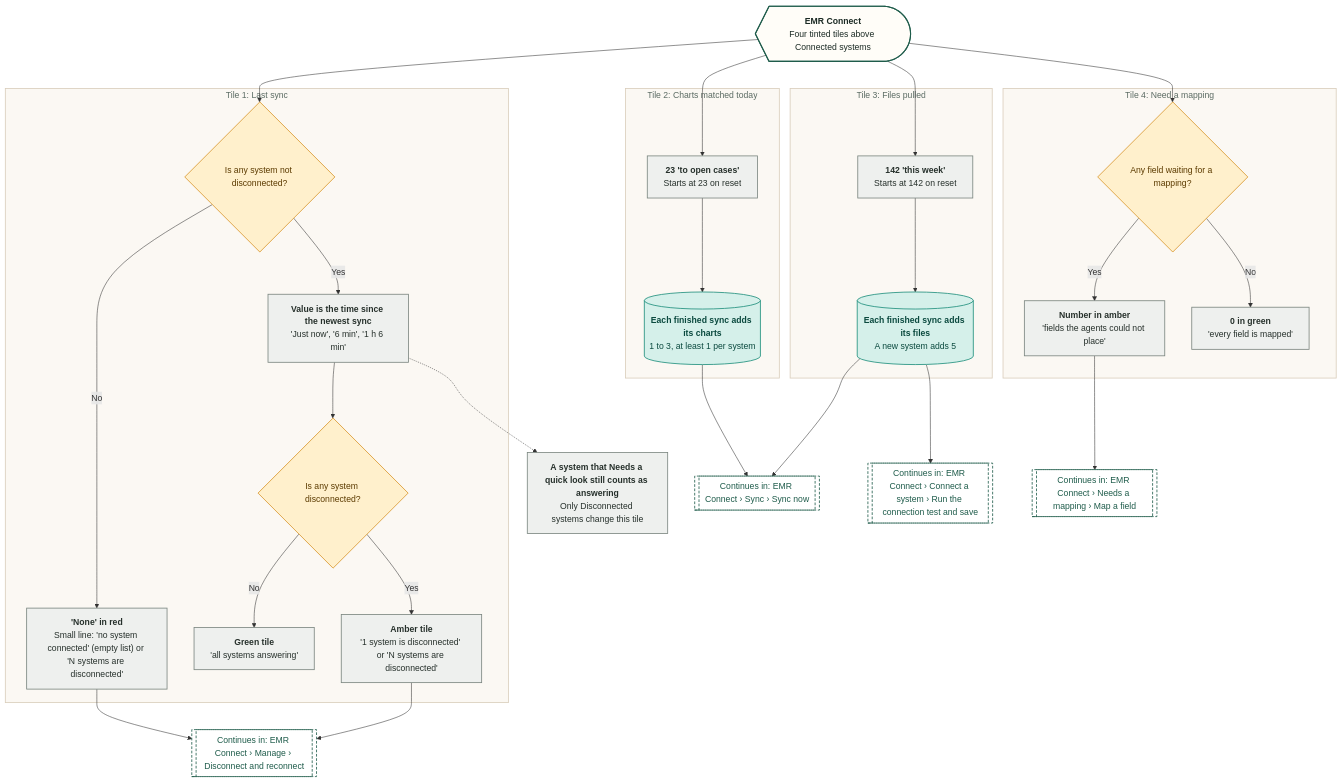
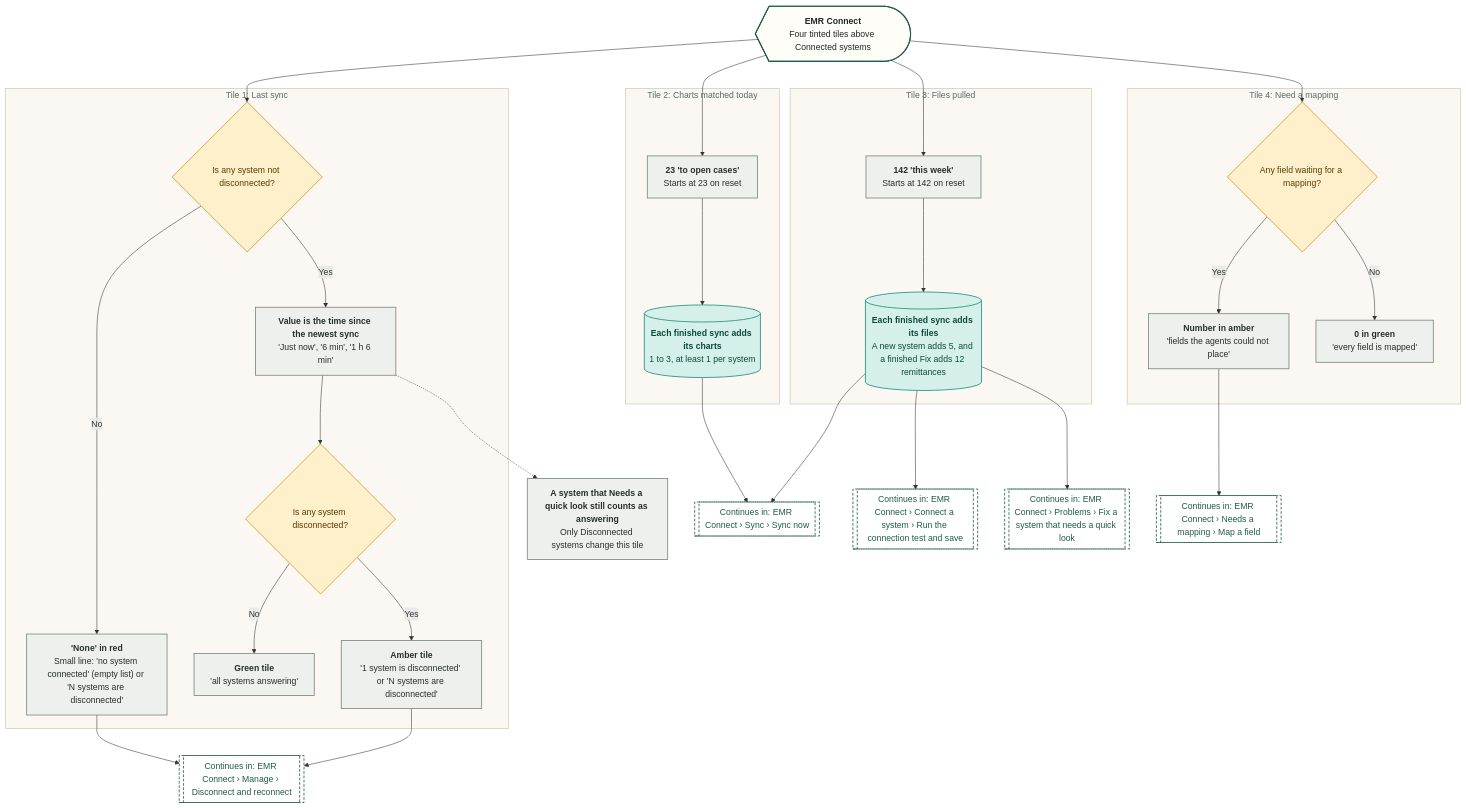
The second of 17 diagrams in demos/prior-auth-demo/workflows/out/md/09-emr-connect.md (Shrav143/psyfloapp), drawn with Mermaid before and after one commit. The commit also changed other lines of this file and 195 other files, not shown here.

First line of the commit message:
docs: Rebuild workflow diagrams after the demo fixes (220 diagrams)

````diff
--- a/demos/prior-auth-demo/workflows/out/md/09-emr-connect.md
+++ b/demos/prior-auth-demo/workflows/out/md/09-emr-connect.md
@@ -123,70 +126,72 @@
 ```mermaid
 %%{init: {"theme":"base","themeVariables":{"fontFamily":"'DM Sans', 'Segoe UI', system-ui, sans-serif","fontSize":"15px","lineColor":"#5B6B63","primaryTextColor":"#1C2B25","clusterBkg":"#FBF8F3","clusterBorder":"#D9CDBB","edgeLabelBackground":"#FFFFFF"},"flowchart":{"curve":"basis","nodeSpacing":36,"rankSpacing":48,"padding":12,"htmlLabels":true,"useMaxWidth":false,"wrappingWidth":230}} }%%
 flowchart TD
   classDef k_start fill:#1F5C4B,stroke:#174638,color:#FFFFFF,stroke-width:1.5px,font-weight:600
   classDef k_end fill:#DDEFE3,stroke:#2E7D4F,color:#14502F,stroke-width:1.5px,font-weight:600
   classDef k_endx fill:#FBE3E0,stroke:#C0392B,color:#7A1F16,stroke-width:1.5px,font-weight:600
   classDef k_screen fill:#FFFDF8,stroke:#1F5C4B,color:#1C2B25,stroke-width:2px
   classDef k_overlay fill:#F1F7F3,stroke:#1F5C4B,color:#1C2B25,stroke-width:2px,stroke-dasharray:5 3
   classDef k_click fill:#DCEBFA,stroke:#2F6DB5,color:#12365F,stroke-width:1.5px
   classDef k_input fill:#E4E7FF,stroke:#4C5FD5,color:#1D2670,stroke-width:1.5px
   classDef k_process fill:#EEF0EE,stroke:#7A857F,color:#26302B,stroke-width:1.5px
   classDef k_agent fill:#EEE5FA,stroke:#7A4FC2,color:#341A63,stroke-width:1.5px
   classDef k_decision fill:#FFF0CC,stroke:#D9962B,color:#5C3B00,stroke-width:1.5px
   classDef k_store fill:#D5F0EA,stroke:#1C8E7B,color:#0B4A3F,stroke-width:1.5px
   classDef k_doc fill:#F6E9DC,stroke:#B07A4C,color:#4A2E14,stroke-width:1.5px
   classDef k_ext fill:#FFE6D2,stroke:#E07B39,color:#6B2F06,stroke-width:1.5px
   classDef k_wait fill:#E4E8EE,stroke:#6B7C93,color:#26303D,stroke-width:1.5px
   classDef k_toast fill:#FFF9DB,stroke:#C9A400,color:#5A4A00,stroke-width:1.5px
   classDef k_goto fill:#FFFFFF,stroke:#1F5C4B,color:#1F5C4B,stroke-width:1.5px,stroke-dasharray:5 3
   p1@{ shape: curv-trap, label: "<b>EMR Connect</b><br/>Four tinted tiles above Connected systems" }
   subgraph gSync ["Tile 1: Last sync"]
   q1@{ shape: diam, label: "Is any system not disconnected?" }
   a1@{ shape: rect, label: "<b>'None' in red</b><br/>Small line: 'no system connected' (empty list) or 'N systems are disconnected'" }
   a2@{ shape: rect, label: "<b>Value is the time since the newest sync</b><br/>'Just now', '6 min', '1 h 6 min'" }
   q2@{ shape: diam, label: "Is any system disconnected?" }
   a3@{ shape: rect, label: "<b>Green tile</b><br/>'all systems answering'" }
   a4@{ shape: rect, label: "<b>Amber tile</b><br/>'1 system is disconnected' or 'N systems are disconnected'" }
   end
   subgraph gCharts ["Tile 2: Charts matched today"]
   b1@{ shape: rect, label: "<b>23 'to open cases'</b><br/>Starts at 23 on reset" }
   b2@{ shape: cyl, label: "<b>Each finished sync adds its charts</b><br/>1 to 3, at least 1 per system" }
   end
   subgraph gFiles ["Tile 3: Files pulled"]
   c1@{ shape: rect, label: "<b>142 'this week'</b><br/>Starts at 142 on reset" }
-  c2@{ shape: cyl, label: "<b>Each finished sync adds its files</b><br/>A new system adds 5" }
+  c2@{ shape: cyl, label: "<b>Each finished sync adds its files</b><br/>A new system adds 5, and a finished Fix adds 12 remittances" }
   end
   subgraph gMap ["Tile 4: Need a mapping"]
   d1@{ shape: diam, label: "Any field waiting for a mapping?" }
   d2@{ shape: rect, label: "<b>Number in amber</b><br/>'fields the agents could not place'" }
   d3@{ shape: rect, label: "<b>0 in green</b><br/>'every field is mapped'" }
   end
   n1@{ shape: rect, label: "<b>A system that Needs a quick look still counts as answering</b><br/>Only Disconnected systems change this tile" }
   g1@{ shape: subproc, label: "Continues in: EMR Connect › Sync › Sync now" }
   g2@{ shape: subproc, label: "Continues in: EMR Connect › Connect a system › Run the connection test and save" }
   g3@{ shape: subproc, label: "Continues in: EMR Connect › Needs a mapping › Map a field" }
   g4@{ shape: subproc, label: "Continues in: EMR Connect › Manage › Disconnect and reconnect" }
+  g5@{ shape: subproc, label: "Continues in: EMR Connect › Problems › Fix a system that needs a quick look" }
   p1 --> q1 & b1 & c1 & d1
   q1 -->|"No"| a1
   q1 -->|"Yes"| a2 --> q2
   q2 -->|"No"| a3
   q2 -->|"Yes"| a4
   a2 -.-> n1
   a1 --> g4
   a4 --> g4
   b1 --> b2 --> g1
   c1 --> c2
   c2 --> g1
   c2 --> g2
+  c2 --> g5
   d1 -->|"Yes"| d2 --> g3
   d1 -->|"No"| d3
   class p1 k_screen
   class q1,q2,d1 k_decision
   class a1,a2,a3,a4,b1,c1,d2,d3,n1 k_process
   class b2,c2 k_store
-  class g1,g2,g3,g4 k_goto
+  class g1,g2,g3,g4,g5 k_goto
   style gSync fill:#FBF8F3,stroke:#D9CDBB,stroke-width:1.5px,color:#5B6B63
   style gCharts fill:#FBF8F3,stroke:#D9CDBB,stroke-width:1.5px,color:#5B6B63
   style gFiles fill:#FBF8F3,stroke:#D9CDBB,stroke-width:1.5px,color:#5B6B63
   style gMap fill:#FBF8F3,stroke:#D9CDBB,stroke-width:1.5px,color:#5B6B63
 ```
````
